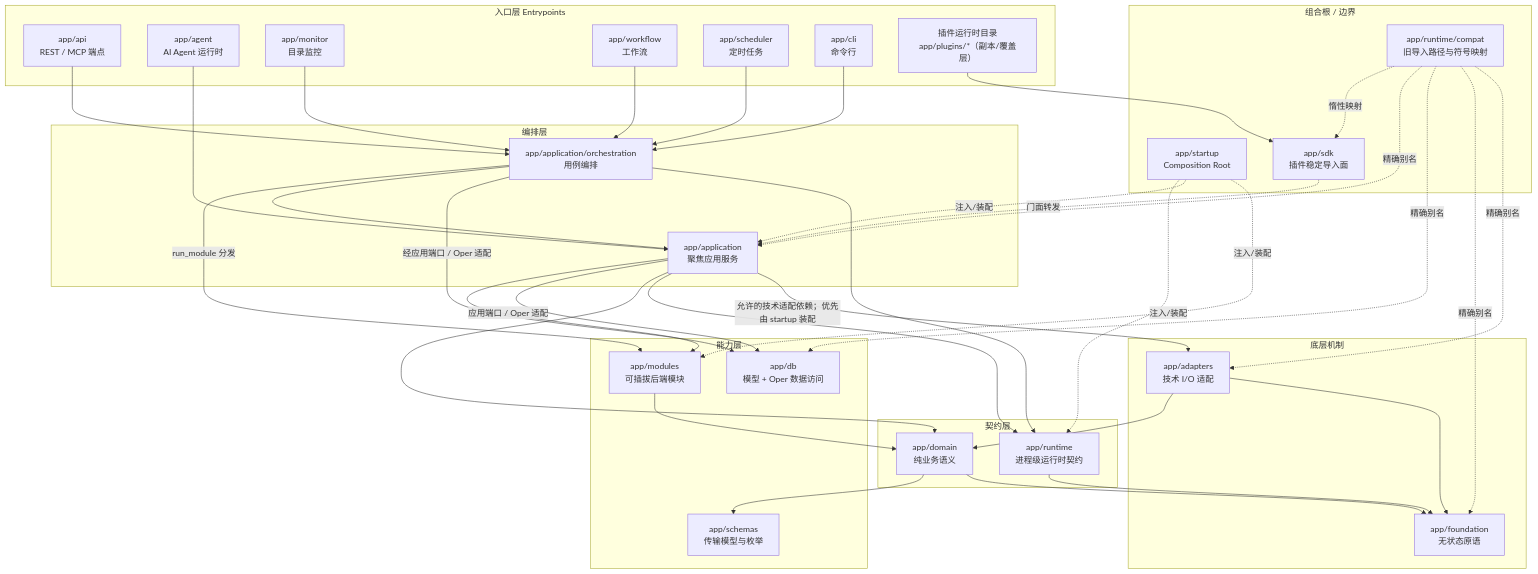
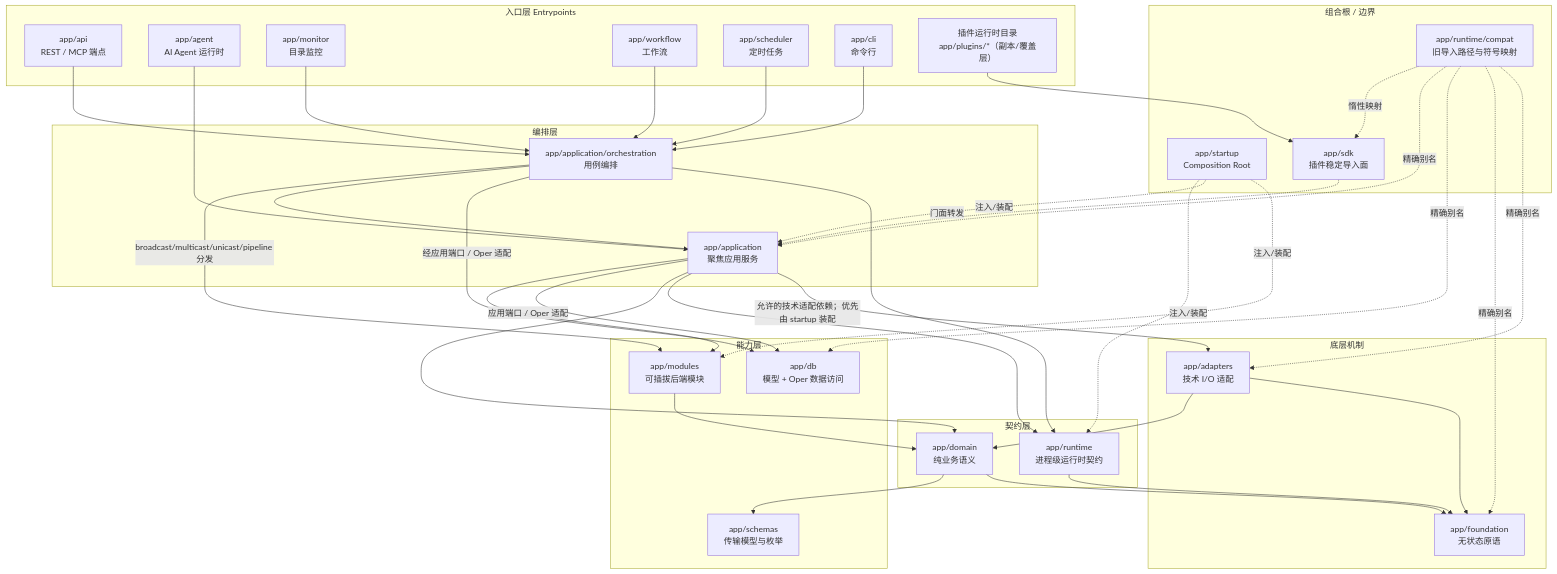
The second of 14 diagrams in docs/architecture-overview.md (jxxghp/MoviePilot), drawn with Mermaid before and after one commit. The commit also changed other lines of this file and 28 other files, not shown here.

````diff
--- a/docs/architecture-overview.md
+++ b/docs/architecture-overview.md
@@ -65,74 +65,74 @@
 ```mermaid
 flowchart TB
     subgraph 入口层["入口层 Entrypoints"]
         ApiPkg["app/api<br/>REST / MCP 端点"]
         AgentPkg["app/agent<br/>AI Agent 运行时"]
         Monitor["app/monitor<br/>目录监控"]
         Workflow["app/workflow<br/>工作流"]
         Scheduler["app/scheduler<br/>定时任务"]
         CLI["app/cli<br/>命令行"]
         PluginPkg["插件运行时目录<br/>app/plugins/*（副本/覆盖层）"]
     end
 
     subgraph 编排层["编排层"]
         Chain["app/application/orchestration<br/>用例编排"]
         App["app/application<br/>聚焦应用服务"]
     end
 
     subgraph 能力层["能力层"]
         Modules["app/modules<br/>可插拔后端模块"]
         Db["app/db<br/>模型 + Oper 数据访问"]
         Schemas["app/schemas<br/>传输模型与枚举"]
     end
 
     subgraph 契约层["契约层"]
         Domain["app/domain<br/>纯业务语义"]
         Runtime["app/runtime<br/>进程级运行时契约"]
     end
 
     subgraph 底层["底层机制"]
         Foundation["app/foundation<br/>无状态原语"]
         Adapters["app/adapters<br/>技术 I/O 适配"]
     end
 
     subgraph 组合根["组合根 / 边界"]
         Startup["app/startup<br/>Composition Root"]
         Sdk["app/sdk<br/>插件稳定导入面"]
         Compat["app/runtime/compat<br/>旧导入路径与符号映射"]
     end
 
     ApiPkg --> Chain
     AgentPkg --> App
     Monitor --> Chain
     Workflow --> Chain
     Scheduler --> Chain
     CLI --> Chain
     PluginPkg --> Sdk
 
-    Chain -->|run_module 分发| Modules
+    Chain -->|broadcast/multicast/unicast/pipeline 分发| Modules
     Chain --> App
     Chain -->|经应用端口 / Oper 适配| Db
     App --> Modules
     App -->|应用端口 / Oper 适配| Db
 
     Modules --> Domain
     App --> Domain
     App --> Runtime
     Chain --> Runtime
     Domain --> Schemas
     Domain --> Foundation
     Runtime --> Foundation
     Adapters --> Domain
     Adapters --> Foundation
     App -->|允许的技术适配依赖；优先由 startup 装配| Adapters
 
     Startup -.注入/装配.-> Runtime
     Startup -.注入/装配.-> App
     Startup -.注入/装配.-> Modules
     Sdk -.门面转发.-> App
     Compat -.惰性映射.-> Sdk
     Compat -.精确别名.-> App
     Compat -.精确别名.-> Db
     Compat -.精确别名.-> Foundation
     Compat -.精确别名.-> Adapters
 ```
````
